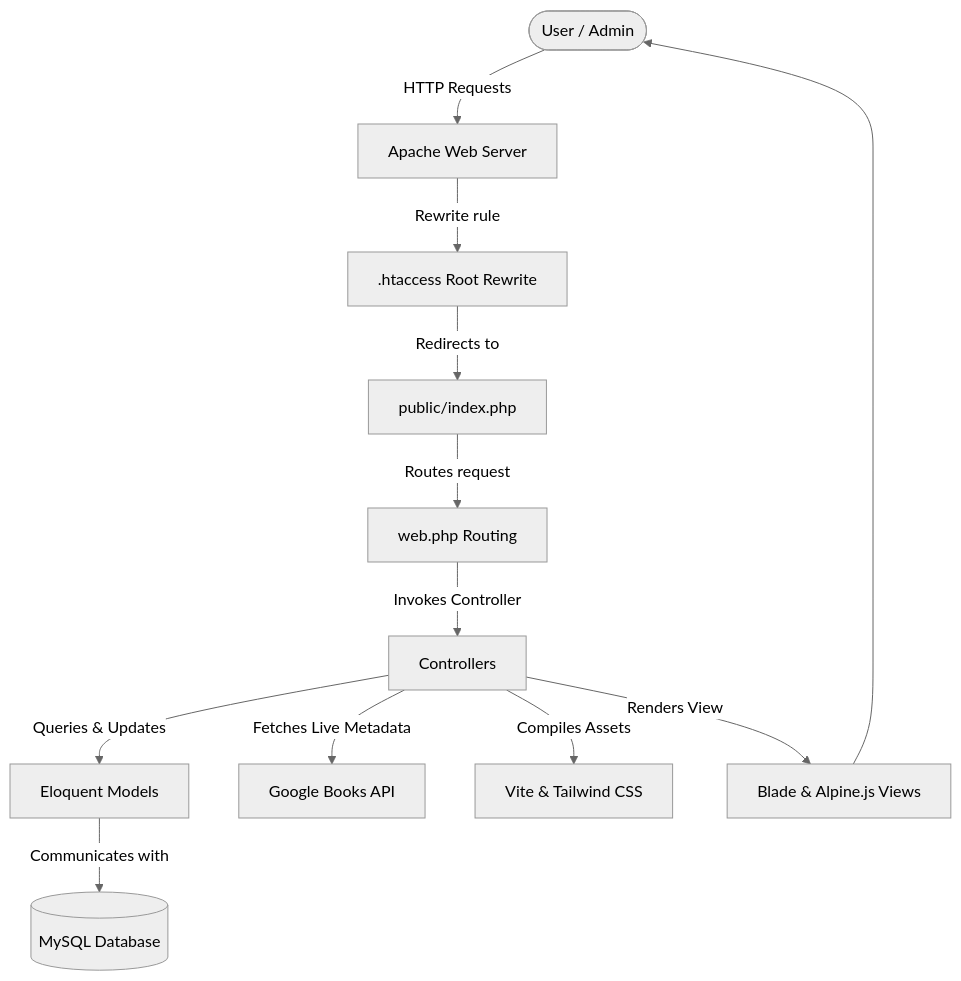
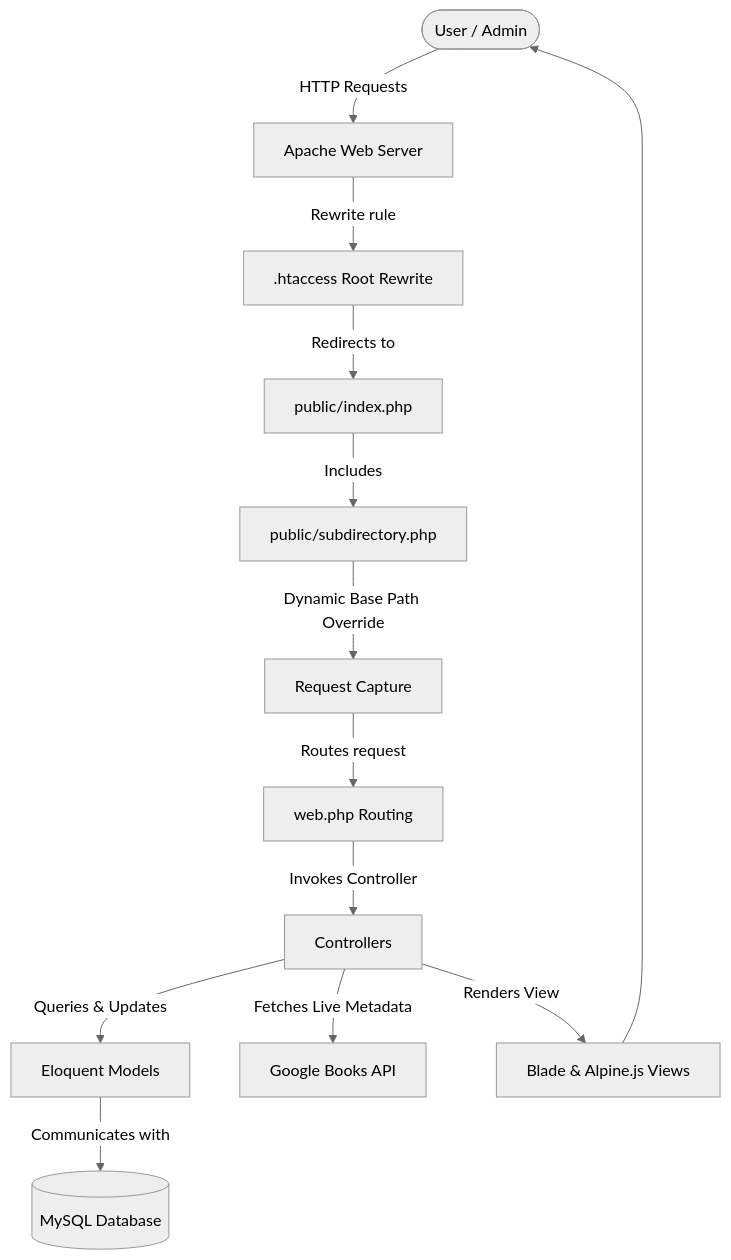
The diagram in README.md (parthasarathy27/Online_Book_Store), drawn with Mermaid (neutral theme) before and after one commit. The commit also changed other lines of this file, not shown here.

Commit message:
Update README to match Node.js removal and dynamic routing

````diff
--- a/README.md
+++ b/README.md
@@ -11,16 +11,17 @@
 ```mermaid
 graph TD
     User([User / Admin]) -->|HTTP Requests| Apache[Apache Web Server]
     Apache -->|Rewrite rule| RootHtaccess[.htaccess Root Rewrite]
     RootHtaccess -->|Redirects to| PublicDir[public/index.php]
-    PublicDir -->|Routes request| LaravelRoutes[web.php Routing]
+    PublicDir -->|Includes| SubdirectoryFix[public/subdirectory.php]
+    SubdirectoryFix -->|Dynamic Base Path Override| RequestCapture[Request Capture]
+    RequestCapture -->|Routes request| LaravelRoutes[web.php Routing]
     LaravelRoutes -->|Invokes Controller| Controllers[Controllers]
     
     Controllers -->|Queries & Updates| Models[Eloquent Models]
     Models -->|Communicates with| MySQL[(MySQL Database)]
     
     Controllers -->|Fetches Live Metadata| GoogleAPI[Google Books API]
-    Controllers -->|Compiles Assets| Vite[Vite & Tailwind CSS]
     Controllers -->|Renders View| Blade[Blade & Alpine.js Views]
     Blade --> User
 ```
````
